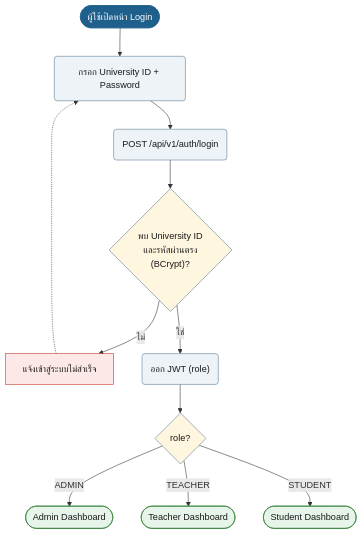
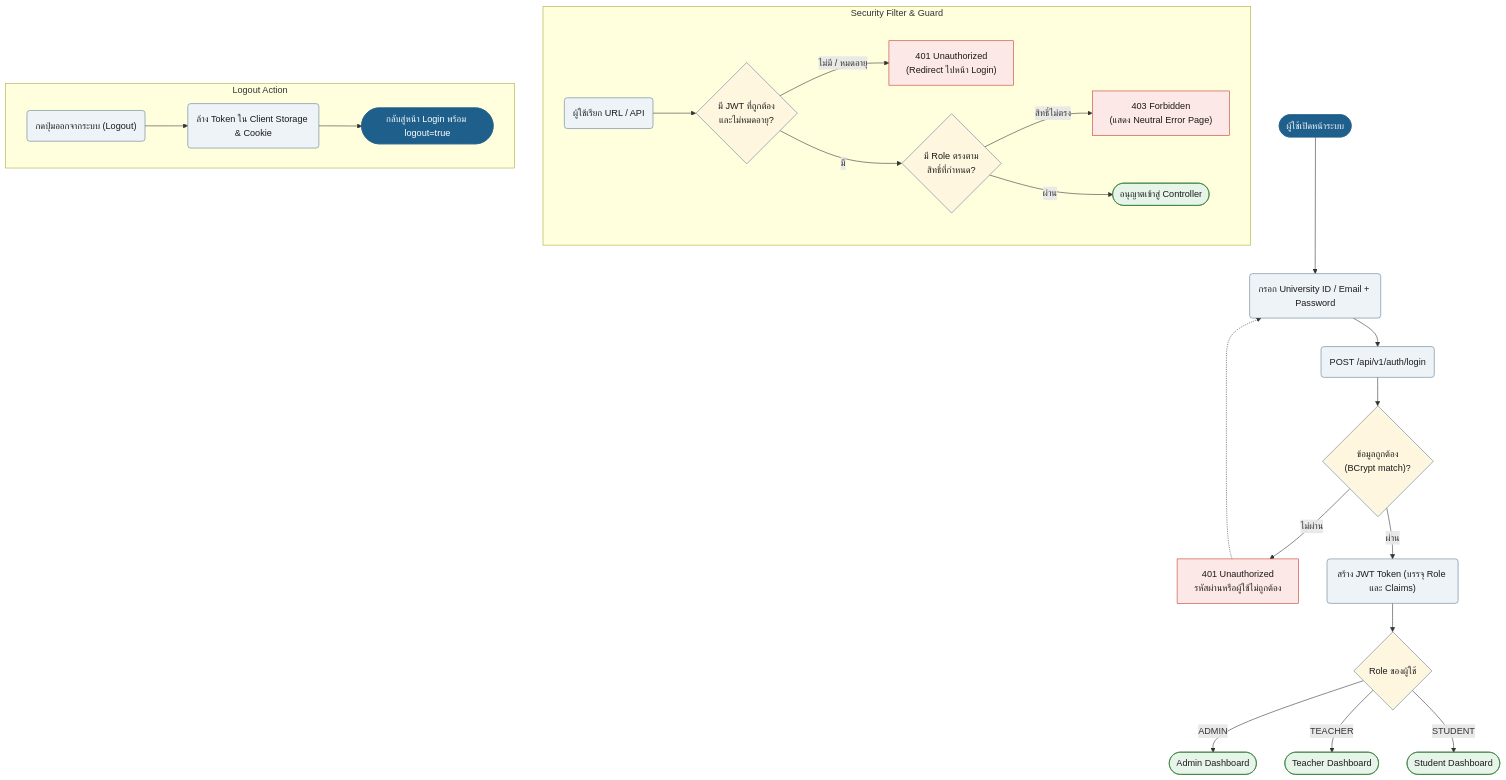
The first of 19 diagrams in doc/diagram/Userflow_diagram.md (synthesixer/AcadOS), drawn with Mermaid before and after one commit. The commit also changed other lines of this file and 8 other files, not shown here.

````diff
--- a/doc/diagram/Userflow_diagram.md
+++ b/doc/diagram/Userflow_diagram.md
@@ -118,29 +54,48 @@
 ```mermaid
 flowchart TD
-    n1(["ผู้ใช้เปิดหน้า Login"]):::start
-    n2("กรอก University ID + Password"):::act
+    n1(["ผู้ใช้เปิดหน้าระบบ"]):::start
+    n2("กรอก University ID / Email + Password"):::act
+    n1 --> n2
     n3("POST /api/v1/auth/login"):::act
-    n1 --> n2
     n2 --> n3
-    n4{"พบ University ID<br/>และรหัสผ่านตรง<br/>(BCrypt)?"}:::dec
+    n4{"ข้อมูลถูกต้อง<br/>(BCrypt match)?"}:::dec
     n3 --> n4
-    n5["แจ้งเข้าสู่ระบบไม่สำเร็จ"]:::bad
-    n4 -->|ไม่| n5
+    n5["401 Unauthorized<br/>รหัสผ่านหรือผู้ใช้ไม่ถูกต้อง"]:::bad
+    n4 -->|ไม่ผ่าน| n5
     n5 -.-> n2
-    n6("ออก JWT (role)"):::act
-    n4 -->|ใช่| n6
-    n7{"role?"}:::dec
+    n6("สร้าง JWT Token (บรรจุ Role และ Claims)"):::act
+    n4 -->|ผ่าน| n6
+    n7{"Role ของผู้ใช้"}:::dec
     n6 --> n7
     n8(["Admin Dashboard"]):::ok
     n9(["Teacher Dashboard"]):::ok
     n10(["Student Dashboard"]):::ok
     n7 -->|ADMIN| n8
     n7 -->|TEACHER| n9
     n7 -->|STUDENT| n10
+
+    subgraph Access_Control ["Security Filter & Guard"]
+        req("ผู้ใช้เรียก URL / API"):::act
+        t_chk{"มี JWT ที่ถูกต้อง<br/>และไม่หมดอายุ?"}:::dec
+        req --> t_chk
+        t_chk -->|ไม่มี / หมดอายุ| err401["401 Unauthorized<br/>(Redirect ไปหน้า Login)"]:::bad
+        r_chk{"มี Role ตรงตาม<br/>สิทธิ์ที่กำหนด?"}:::dec
+        t_chk -->|มี| r_chk
+        r_chk -->|สิทธิ์ไม่ตรง| err403["403 Forbidden<br/>(แสดง Neutral Error Page)"]:::bad
+        r_chk -->|ผ่าน| allow(["อนุญาตเข้าสู่ Controller"]):::ok
+    end
+
+    subgraph Logout_Flow ["Logout Action"]
+        lo_btn("กดปุ่มออกจากระบบ (Logout)"):::act
+        lo_act("ล้าง Token ใน Client Storage & Cookie"):::act
+        lo_end(["กลับสู่หน้า Login พร้อม logout=true"]):::start
+        lo_btn --> lo_act --> lo_end
+    end
+
     classDef start fill:#1F5F8B,stroke:#1F5F8B,color:#fff
     classDef act fill:#EEF3F8,stroke:#5B7A94,color:#1a1a1a
     classDef dec fill:#FFF6E0,stroke:#5B7A94,color:#1a1a1a
     classDef bad fill:#FCE8E6,stroke:#C0392B,color:#1a1a1a
     classDef ok fill:#E6F4EA,stroke:#2E7D32,color:#1a1a1a
     classDef note fill:#F4F4F4,stroke:#999,color:#1a1a1a
 ```
````
